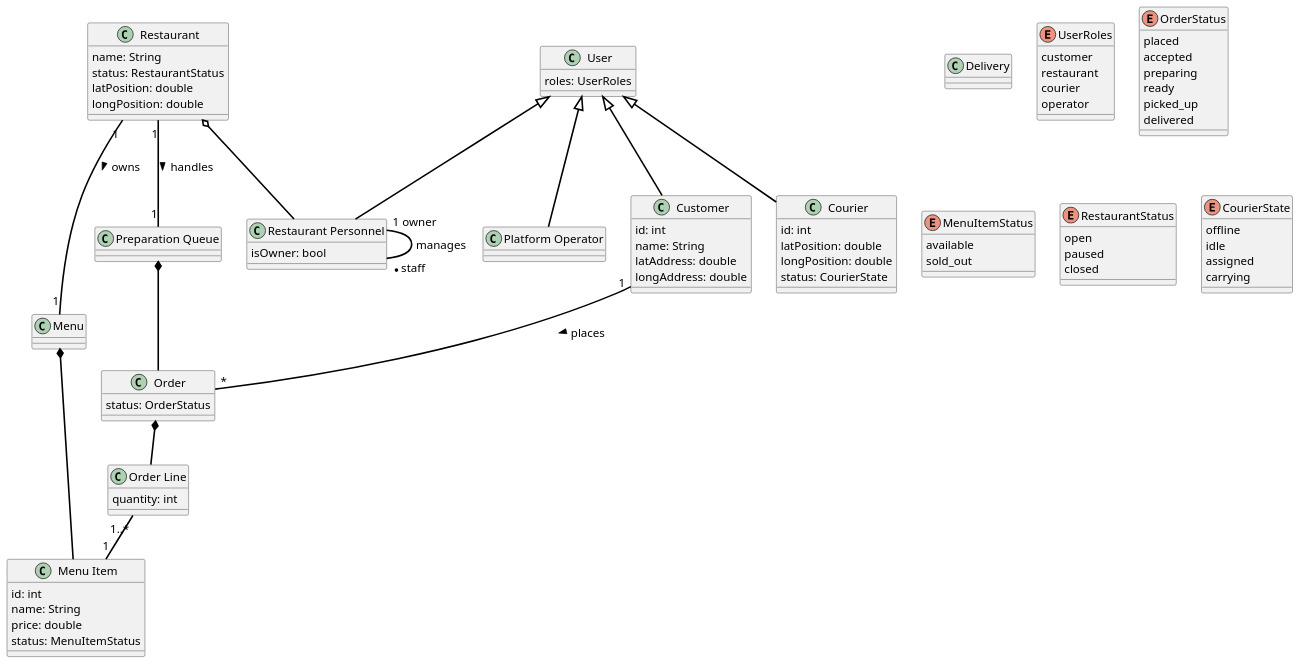
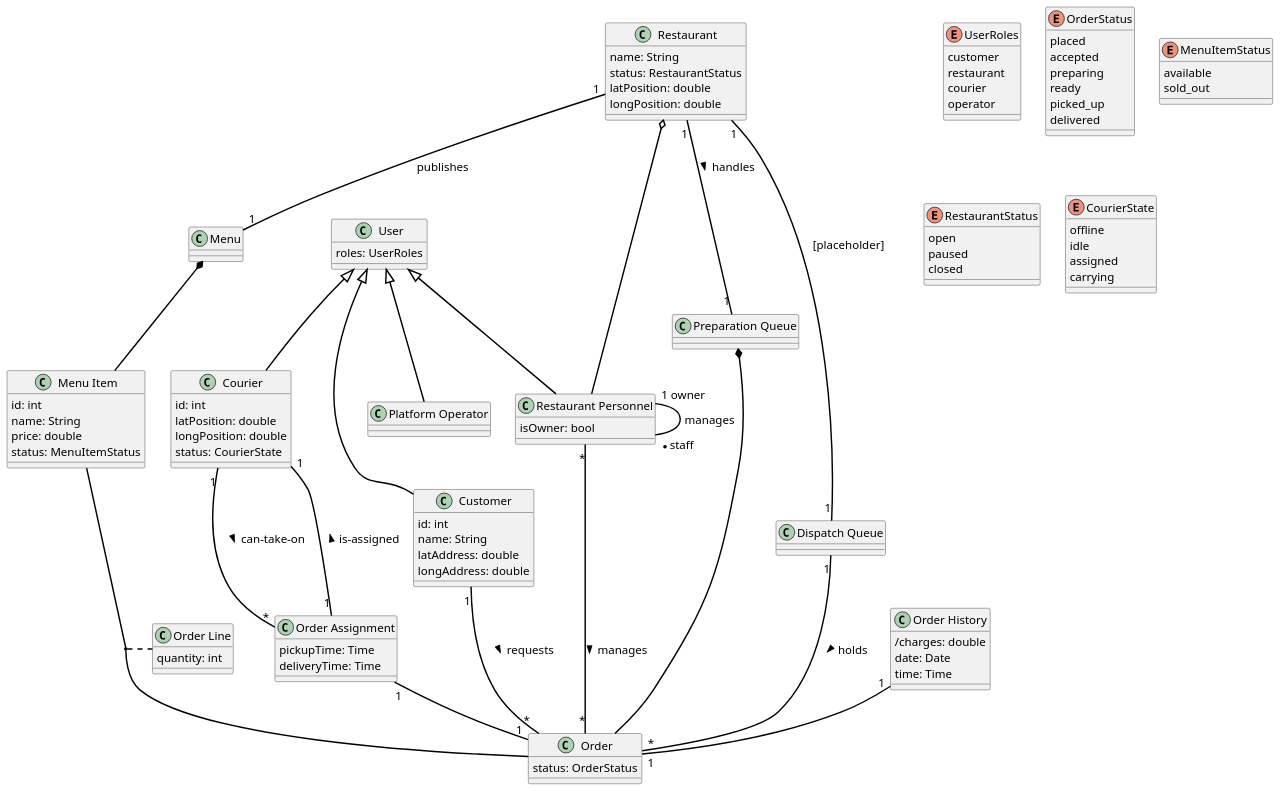
Before and after one commit to MonishKD/HelloWorldprint_HI: the diagram in diagrams/domainModel.puml, drawn with PlantUML.

Commit message:
First draft of complete domain model
- Missing attributes in a few classes

```diff
--- a/diagrams/domainModel.puml
+++ b/diagrams/domainModel.puml
@@ -1,145 +1,162 @@
 @startuml Domain Model 
 skinparam DefaultFontName Arial
 skinparam DefaultFontSize 16
 skinparam DefaultFontStyle bold
-skinparam ArrowThickness 2.2
+skinparam ArrowThickness 2.0
 skinparam ArrowColor #black
 
 class "User" as User {
     roles: UserRoles
 }
 
 'id could be GUID so TBD??'
 'TBC if lat/long are double'
 class "Customer" as Customer {
     id: int
     name: String
     latAddress: double
     longAddress: double
 }
 
 'TBC if lat/long are double'
 'menu: ?? could be another class that connects to Menu Item'
 class "Restaurant" as Restaurant {
     name: String
     status: RestaurantStatus
     latPosition: double
     longPosition: double
 }
 
 class "Restaurant Personnel" as RestPers {
     isOwner: bool
 }
 
 'id could be GUID so TBD??'
 'TBC if lat/long are double'
 class "Courier" as Courier {
     id: int
     latPosition: double
     longPosition: double
     status: CourierState
 }
 
 class "Platform Operator" as PlatOp {
 
 }
 
 class "Order" as Order {
     status: OrderStatus
 }
 
 'One Menu item and qty'
 class "Order Line" as OrderLine {
     quantity: int
 }
 
 class "Menu" as Menu {
 
 }
 
 'id could be a string/int mix like GUID so TBD??'
 class "Menu Item" as MenuItem {
     id: int
     name: String
     price: double
     status: MenuItemStatus
 }
 
-class "Delivery" as Delivery {
-
-}
-
 
 class "Preparation Queue" as PQ {
 
 }
 
+'Talks about "Records two handoffs that close a delivery...", not sure if they're talking about time or what
+class "Order Assignment" as Assignment {
+    pickupTime: Time
+    deliveryTime: Time
+}
+
+class "Dispatch Queue" as DQ {
+
+}
+
+class "Order History" as OrderHistory {
+    /charges: double
+    date: Date
+    time: Time
+}
+
+
+
 '---------- List of associations/relationships -----------'
 User <|-- Courier
 User <|-- Customer
+User <|-- RestPers
 User <|-- PlatOp
-User <|-- RestPers
-Restaurant o- RestPers
+
+'Restaurant, MenuItem related ===================='
+Restaurant o-- RestPers
 RestPers "1 owner" -- "* staff" RestPers: "manages"
+Restaurant "1" -- "1" Menu : "publishes"
+Menu *-- MenuItem 
+(MenuItem, Order) .. OrderLine
+PQ *-- Order
+Restaurant "1" -- "1" PQ: "handles >"
+'Not sure about the one below either, it's subtly implied. [placeholder] = find verbPhrase
+Restaurant "1" -- "1" DQ: "[placeholder]"
 
-PQ *-- Order
-Order *--  OrderLine 
-OrderLine "1..*" -- "1" MenuItem
-Customer "1" -- "*" Order: "places >"
-Restaurant "1" -- "1" PQ: "handles >"
-
-Restaurant "1" -- "1" Menu : "owns >"
-Menu *-- MenuItem
-
-' Courier "1" -- "0..1" Order : Is-assigned >
+'Order related ===================='
+'Not sure about the one below'
+RestPers "*" -- "*" Order: "manages >"
+'Not sure if we need two associations for submit and delete or if there is a word for both'
+Customer "1" -- "*" Order: "requests >" 
+DQ "1" -- "*" Order: "holds >"
 
 
-'Handoff??'
+'Courier-Assignment related ====================''
+'Not sure about the two below, do we need an Assignment class? or just do Courier to Order'
+Courier "1" -- "*" Assignment: "can-take-on >"
+Courier "1" -- "1" Assignment: "is-assigned <" 
+Assignment "1" -- "1" Order
 
-
-' (Customer, Restaurant) .. Order
-
-
-
-
-
-
+'Order-History related ====================''
+OrderHistory "1" -- "1" Order
 
 
 '-----List of possible enum classes: capitalize them??-------'
 enum "UserRoles" as UserRoles {
     customer
     restaurant
     courier
     operator
 }
 
 enum "OrderStatus" as OrderStatus {
     placed
     accepted
     preparing
     ready
     picked_up
     delivered
 }
 
 'Or we can create a boolean attribute in Menu Item, or derived based on qty'
 enum "MenuItemStatus" as MenuItemStatus {
     available
     sold_out
 }
 
 enum "RestaurantStatus" as RestaurantStatus {
     open
     paused
     closed
 }
 
 enum "CourierState" as CourierState {
     offline
     idle
     assigned
     carrying
 }
 
 @enduml
```
